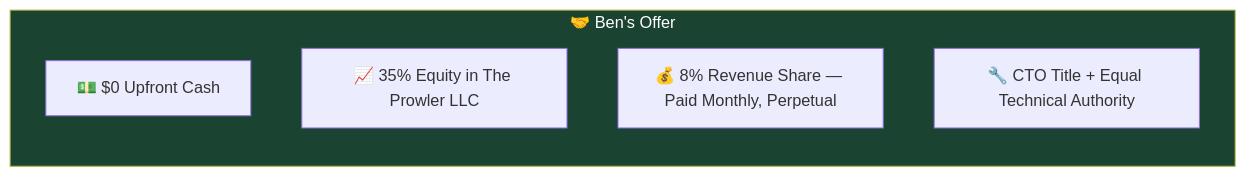
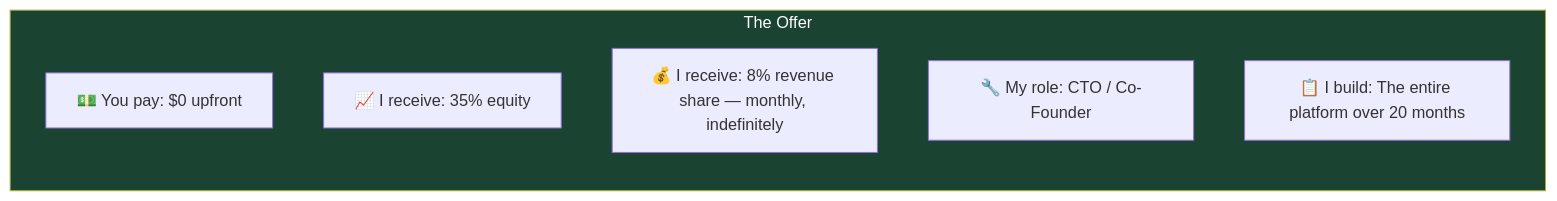
One commit to huttonbenj/The-Prowler changed the third of 4 diagrams in THE_DEAL.md. Above: the diagram before and after it, drawn with Mermaid. The commit also changed other lines of this file and 1 other file, not shown here.

````diff
--- a/THE_DEAL.md
+++ b/THE_DEAL.md
@@ -402,12 +134,13 @@
 ```mermaid
 graph TB
-    subgraph Offer["🤝 Ben's Offer"]
+    subgraph Deal["The Offer"]
         direction TB
-        A["💵 $0 Upfront Cash"]
-        B["📈 35% Equity in The Prowler LLC"]
-        C["💰 8% Revenue Share — Paid Monthly, Perpetual"]
-        D["🔧 CTO Title + Equal Technical Authority"]
+        A["💵 You pay: $0 upfront"]
+        B["📈 I receive: 35% equity"]
+        C["💰 I receive: 8% revenue share — monthly, indefinitely"]
+        D["🔧 My role: CTO / Co-Founder"]
+        E["📋 I build: The entire platform over 20 months"]
     end
 
-    style Offer fill:#1b4332,color:#fff
+    style Deal fill:#1b4332,color:#fff
 ```
````
